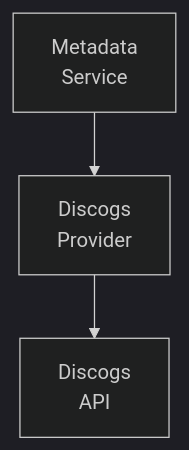
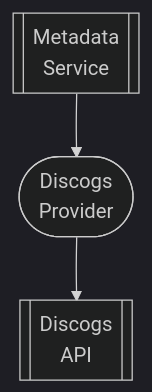
Before and after one commit to lusoris/revenge: the diagram in docs/dev/design/integrations/metadata/music/DISCOGS.md, drawn with Mermaid (dark theme). The commit also changed 208 other files, not shown here.

First line of the commit message:
feat(docs): Improve ASCII to Mermaid converter with proper box extraction

````diff
--- a/docs/dev/design/integrations/metadata/music/DISCOGS.md
+++ b/docs/dev/design/integrations/metadata/music/DISCOGS.md
@@ -60,8 +60,8 @@
 ```mermaid
 flowchart TD
-    node1["Metadata<br/>Service"]
-    node2["Discogs<br/>Provider"]
-    node3["Discogs<br/>API"]
+    node1[[Metadata<br/>Service]]
+    node2([Discogs<br/>Provider])
+    node3[[Discogs<br/>API]]
     node1 --> node2
     node2 --> node3
 ```
````
